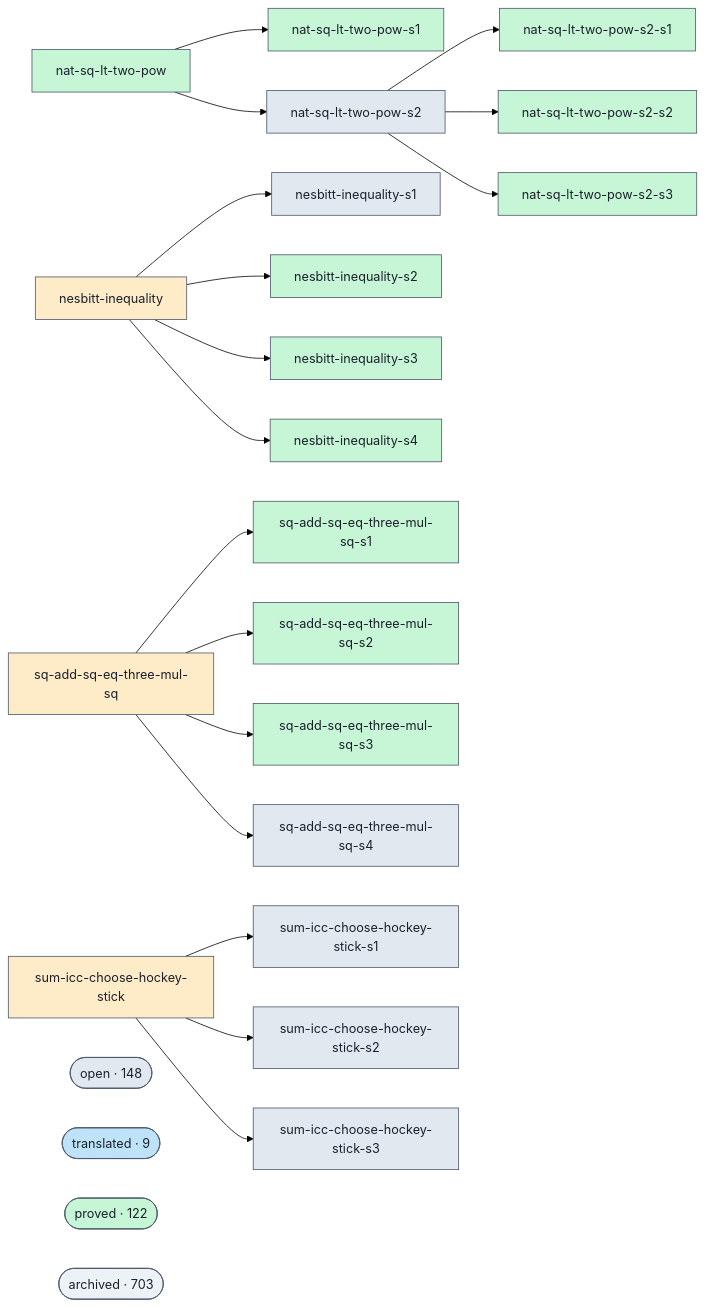
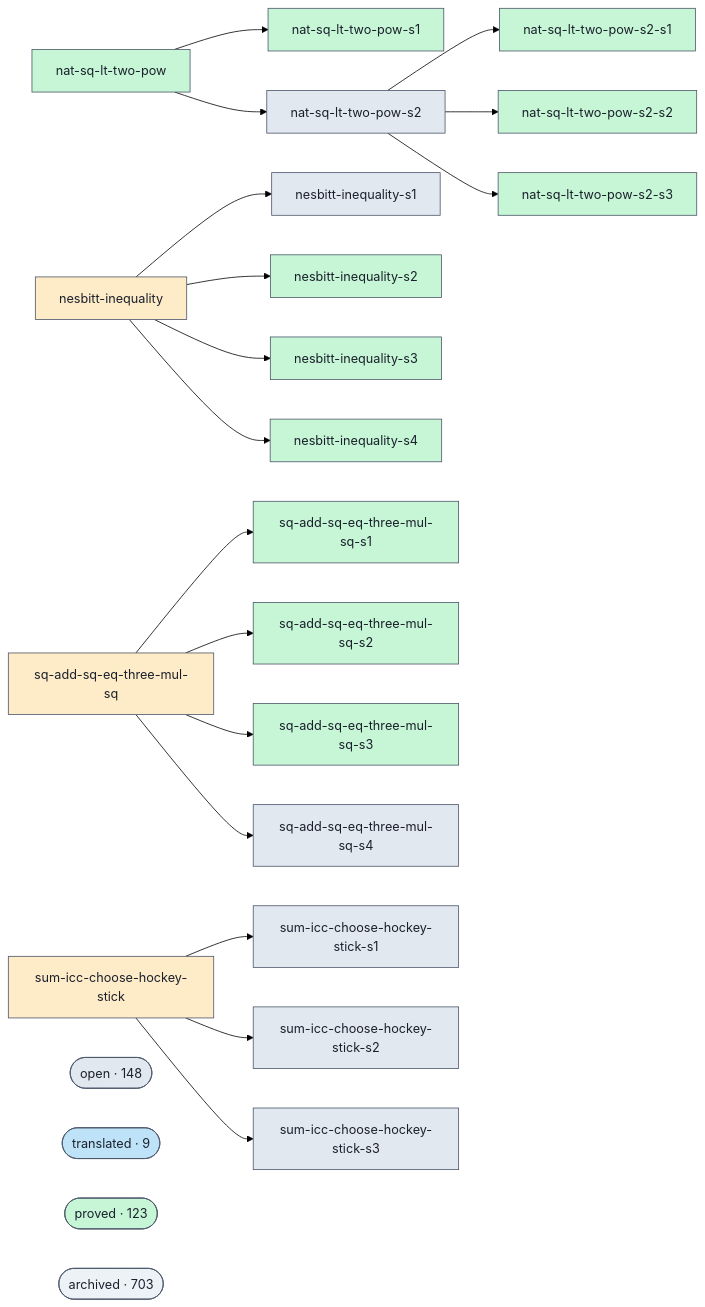
The diagram in docs/proofs-contributors-visualisation.md (ohdearquant/unsorry), drawn with Mermaid (forest theme) before and after one commit. The commit also changed other lines of this file and 2 other files, not shown here.

```diff
--- a/docs/proofs-contributors-visualisation.md
+++ b/docs/proofs-contributors-visualisation.md
@@ -102,7 +102,7 @@
   class cluster_open open;
   cluster_translated(["translated · 9"])
   class cluster_translated translated;
-  cluster_proved(["proved · 122"])
+  cluster_proved(["proved · 123"])
   class cluster_proved proved;
   cluster_archived(["archived · 703"])
   class cluster_archived unknown;
```
